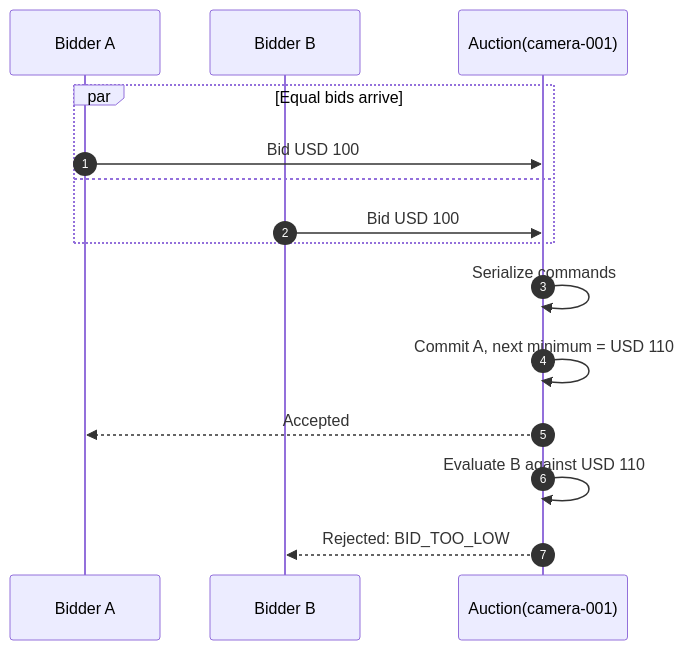
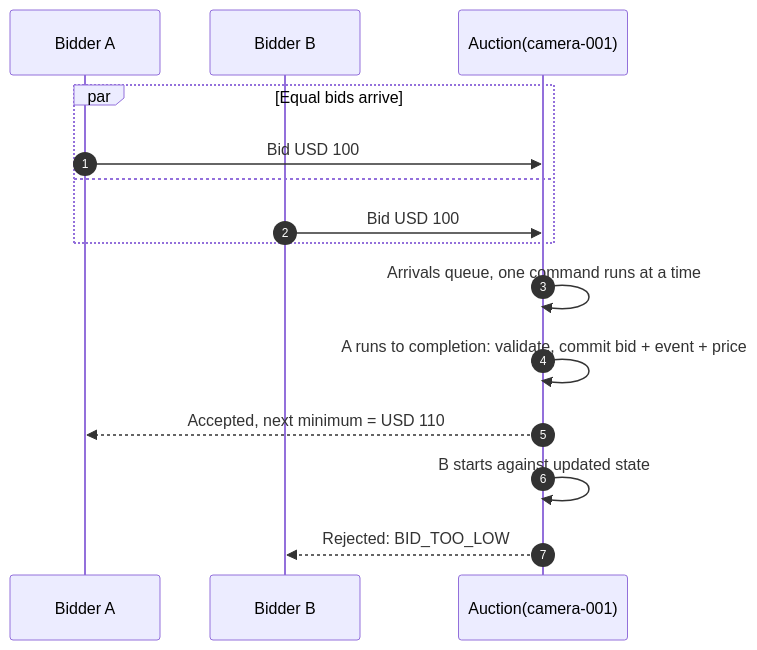
Before and after one commit to aranlucas/live-auction: the sixth of 12 diagrams in SYSTEM_DESIGN.md, drawn with Mermaid. The commit also changed other lines of this file, not shown here.

````diff
--- a/SYSTEM_DESIGN.md
+++ b/SYSTEM_DESIGN.md
@@ -302,18 +307,18 @@
 ```mermaid
 sequenceDiagram
     autonumber
     participant A as Bidder A
     participant B as Bidder B
     participant DO as Auction(camera-001)
 
     par Equal bids arrive
         A->>DO: Bid USD 100
     and
         B->>DO: Bid USD 100
     end
-    DO->>DO: Serialize commands
-    DO->>DO: Commit A, next minimum = USD 110
-    DO-->>A: Accepted
-    DO->>DO: Evaluate B against USD 110
+    DO->>DO: Arrivals queue, one command runs at a time
+    DO->>DO: A runs to completion: validate, commit bid + event + price
+    DO-->>A: Accepted, next minimum = USD 110
+    DO->>DO: B starts against updated state
     DO-->>B: Rejected: BID_TOO_LOW
 ```
````
